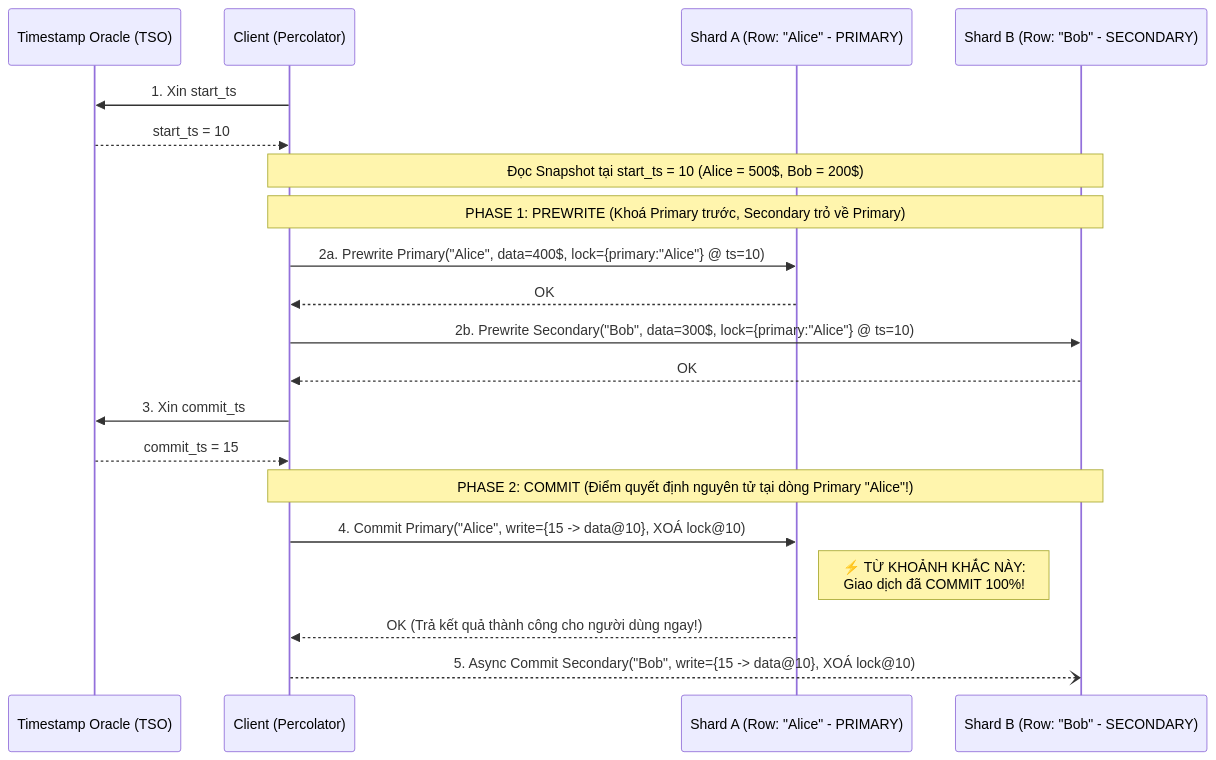
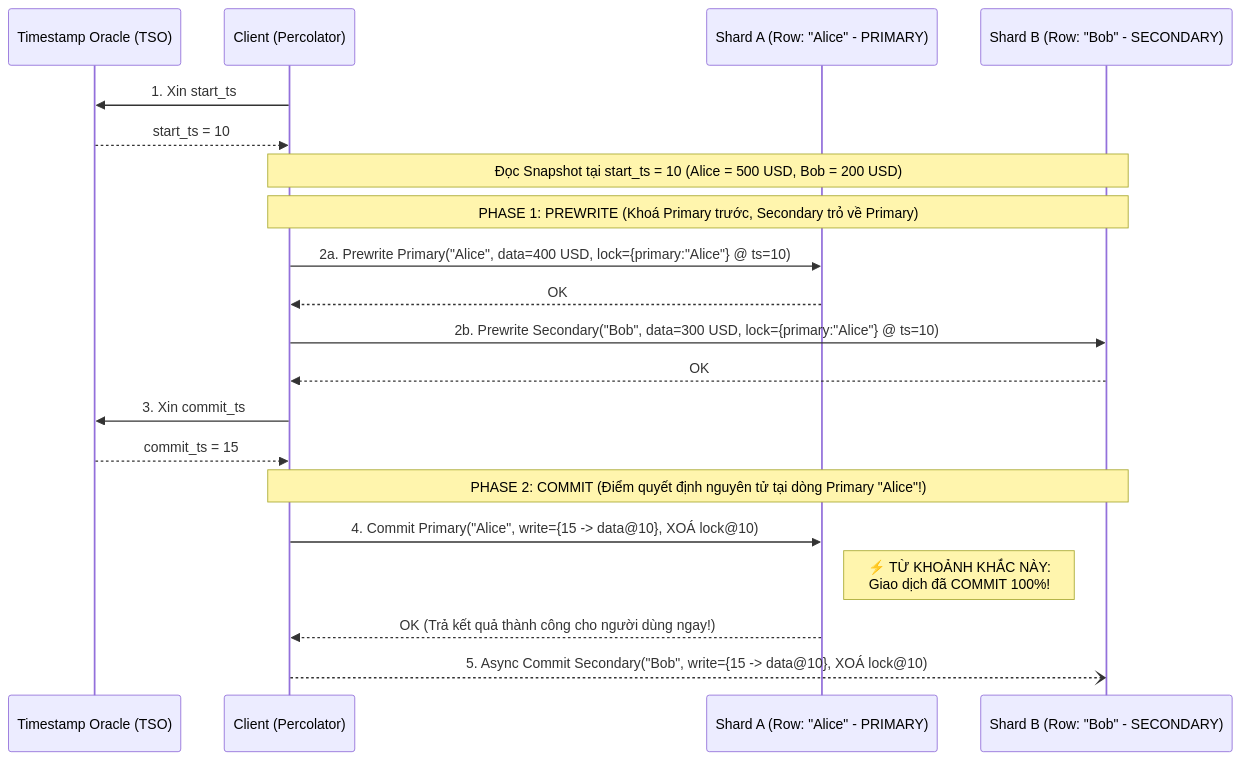
Before and after one commit to namaewanam/namaewanam.github.io: the fourth of 4 diagrams in docs/Database-Internals-Notes/database-internals-chapter13.vi.md, drawn with Mermaid. The commit also changed other lines of this file and 54 other files, not shown here.

Commit message:
docs(database-internals): add beginner guides, glossaries, and diagrams

````diff
--- a/docs/Database-Internals-Notes/database-internals-chapter13.vi.md
+++ b/docs/Database-Internals-Notes/database-internals-chapter13.vi.md
@@ -438,26 +527,26 @@
 ```mermaid
 sequenceDiagram
     participant TSO as Timestamp Oracle (TSO)
     participant C as Client (Percolator)
     participant SA as Shard A (Row: "Alice" - PRIMARY)
     participant SB as Shard B (Row: "Bob" - SECONDARY)
 
     C->>TSO: 1. Xin start_ts
     TSO-->>C: start_ts = 10
-    Note over C,SB: Đọc Snapshot tại start_ts = 10 (Alice = 500$, Bob = 200$)
+    Note over C,SB: Đọc Snapshot tại start_ts = 10 (Alice = 500 USD, Bob = 200 USD)
 
     Note over C,SB: PHASE 1: PREWRITE (Khoá Primary trước, Secondary trỏ về Primary)
-    C->>SA: 2a. Prewrite Primary("Alice", data=400$, lock={primary:"Alice"} @ ts=10)
+    C->>SA: 2a. Prewrite Primary("Alice", data=400 USD, lock={primary:"Alice"} @ ts=10)
     SA-->>C: OK
-    C->>SB: 2b. Prewrite Secondary("Bob", data=300$, lock={primary:"Alice"} @ ts=10)
+    C->>SB: 2b. Prewrite Secondary("Bob", data=300 USD, lock={primary:"Alice"} @ ts=10)
     SB-->>C: OK
 
     C->>TSO: 3. Xin commit_ts
     TSO-->>C: commit_ts = 15
 
     Note over C,SB: PHASE 2: COMMIT (Điểm quyết định nguyên tử tại dòng Primary "Alice"!)
     C->>SA: 4. Commit Primary("Alice", write={15 -> data@10}, XOÁ lock@10)
     Note right of SA: ⚡ TỪ KHOẢNH KHẮC NÀY:<br/>Giao dịch đã COMMIT 100%!
     SA-->>C: OK (Trả kết quả thành công cho người dùng ngay!)
     C--)SB: 5. Async Commit Secondary("Bob", write={15 -> data@10}, XOÁ lock@10)
 ```
````
